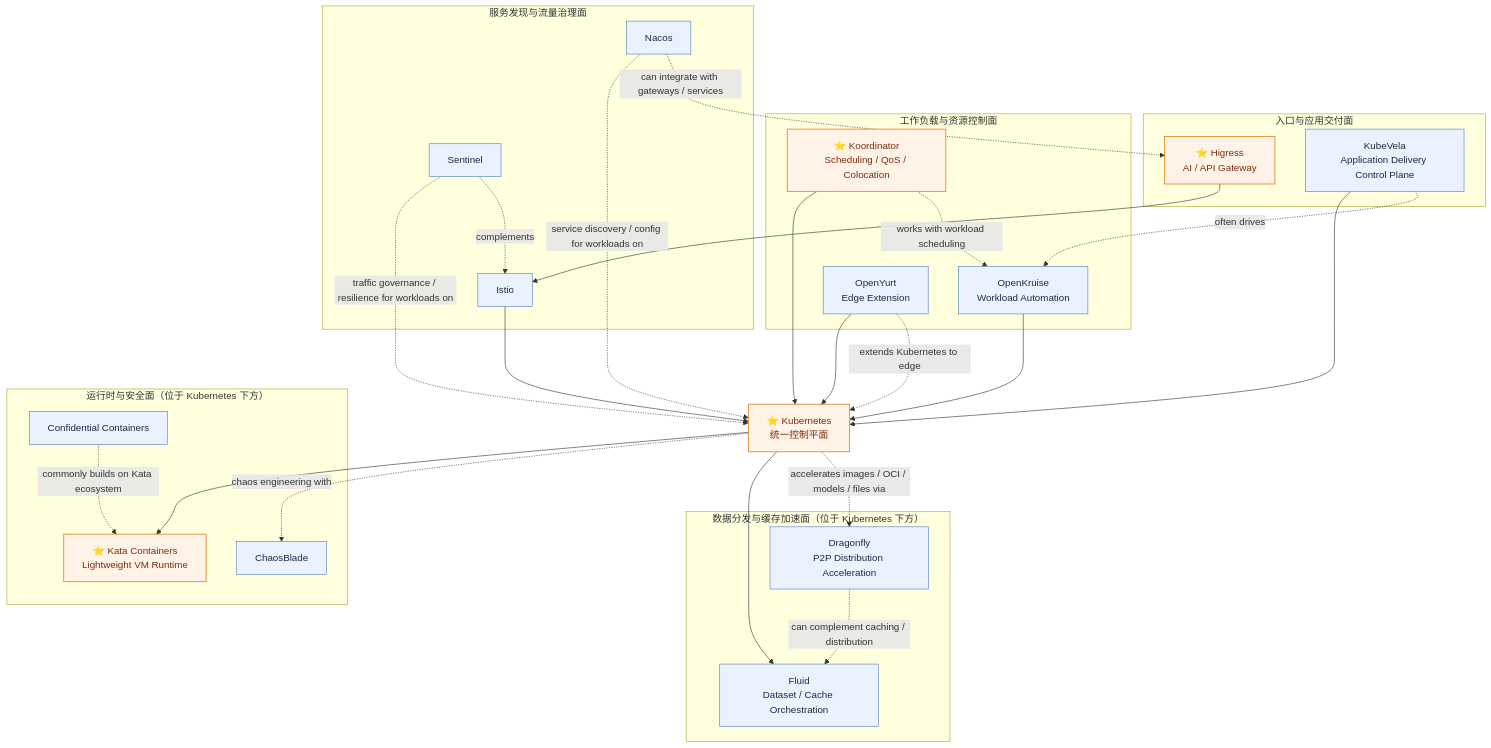
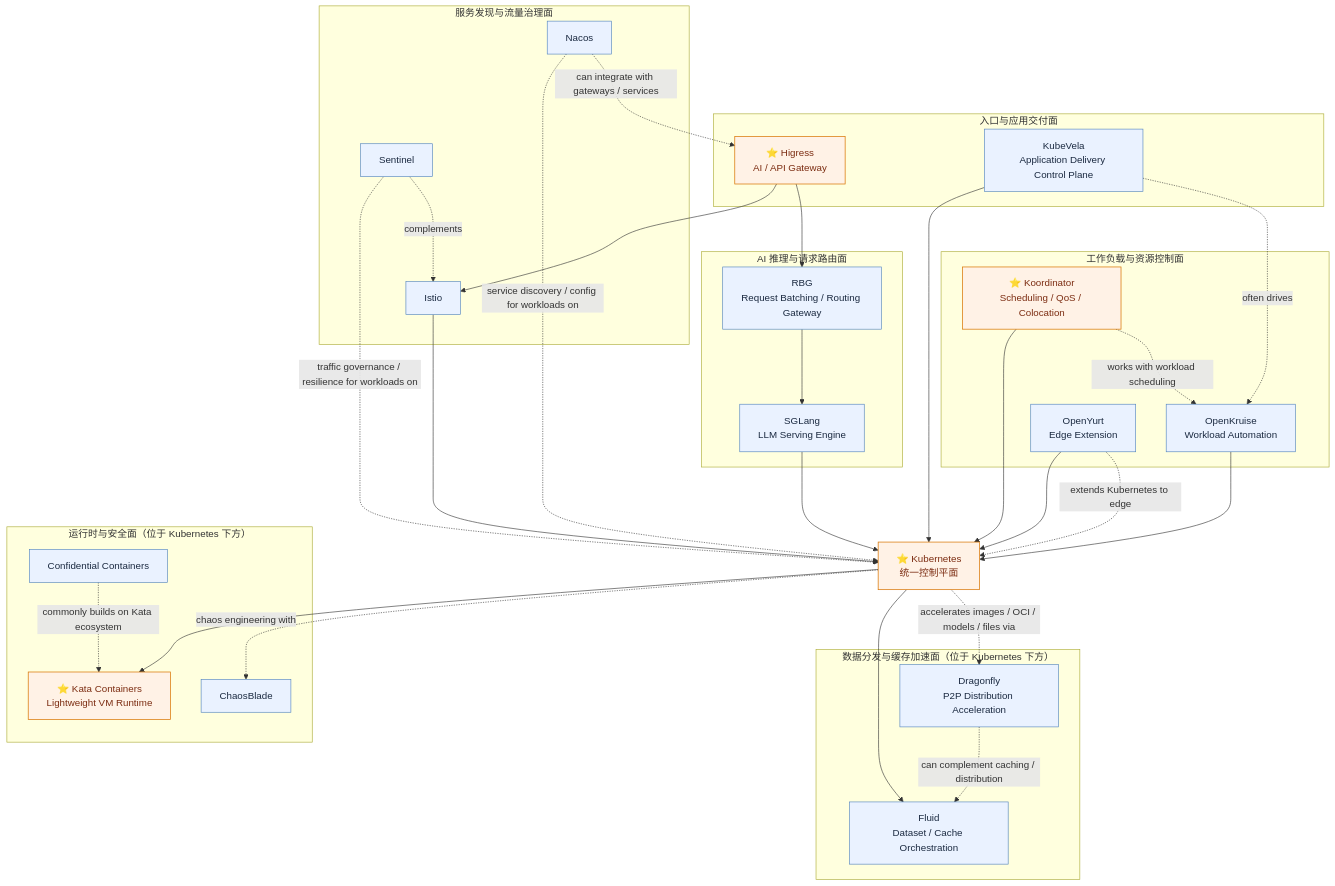
One commit to pacoxu/AI-Infra changed the diagram in case-study/alibaba.md. Above: the diagram before and after it, drawn with Mermaid. The commit also changed other lines of this file and 2 other files, not shown here.

Commit message:
case-study: add requested AI ecosystem updates

````diff
--- a/case-study/alibaba.md
+++ b/case-study/alibaba.md
@@ -10,62 +11,70 @@
 ```mermaid
 flowchart TB
   subgraph ENTRY["入口与应用交付面"]
     HIG["⭐ Higress<br/>AI / API Gateway"]
     KVL["KubeVela<br/>Application Delivery Control Plane"]
+  end
+
+  subgraph AI["AI 推理与请求路由面"]
+    SGL["SGLang<br/>LLM Serving Engine"]
+    RBG["RBG<br/>Request Batching / Routing Gateway"]
   end
 
   subgraph CTRL["工作负载与资源控制面"]
     OKR["OpenKruise<br/>Workload Automation"]
     KRD["⭐ Koordinator<br/>Scheduling / QoS / Colocation"]
     OY["OpenYurt<br/>Edge Extension"]
   end
 
   subgraph GOV["服务发现与流量治理面"]
     ISTIO["Istio"]
     NACOS["Nacos"]
     SENT["Sentinel"]
   end
 
   K8S["⭐ Kubernetes<br/>统一控制平面"]
 
   subgraph RUNTIME["运行时与安全面（位于 Kubernetes 下方）"]
     KATA["⭐ Kata Containers<br/>Lightweight VM Runtime"]
     COC["Confidential Containers"]
     CB["ChaosBlade"]
   end
 
   subgraph DATA["数据分发与缓存加速面（位于 Kubernetes 下方）"]
     FLUID["Fluid<br/>Dataset / Cache Orchestration"]
     DFLY["Dragonfly<br/>P2P Distribution Acceleration"]
   end
 
   %% stronger relationships
   KVL --> K8S
   OKR --> K8S
   KRD --> K8S
   OY --> K8S
   K8S --> KATA
   K8S --> FLUID
   ISTIO --> K8S
   HIG --> ISTIO
+  HIG --> RBG
+  RBG --> SGL
+  SGL --> K8S
 
   %% collaboration / ecosystem integrations
   KVL -. often drives .-> OKR
   KRD -. works with workload scheduling .-> OKR
   OY -. extends Kubernetes to edge .-> K8S
   COC -. commonly builds on Kata ecosystem .-> KATA
   K8S -. chaos engineering with .-> CB
   K8S -. accelerates images / OCI / models / files via .-> DFLY
   DFLY -. can complement caching / distribution .-> FLUID
   NACOS -. service discovery / config for workloads on .-> K8S
   SENT -. traffic governance / resilience for workloads on .-> K8S
   SENT -. complements .-> ISTIO
   NACOS -. can integrate with gateways / services .-> HIG
 
   classDef star fill:#fff2e6,stroke:#d97706,color:#7c2d12,stroke-width:1.2px;
   classDef normal fill:#eaf2ff,stroke:#4f81bd,color:#1b2a41,stroke-width:1px;
   classDef base fill:#e8fff1,stroke:#16a34a,color:#14532d,stroke-width:1.3px;
 
   class HIG,KRD,KATA,K8S star;
-  class KVL,OKR,OY,COC,CB,FLUID,DFLY,NACOS,SENT,ISTIO normal;
+  class KVL,OKR,OY,COC,CB,FLUID,DFLY,NACOS,SENT,ISTIO,SGL,RBG normal;
 ```
````
